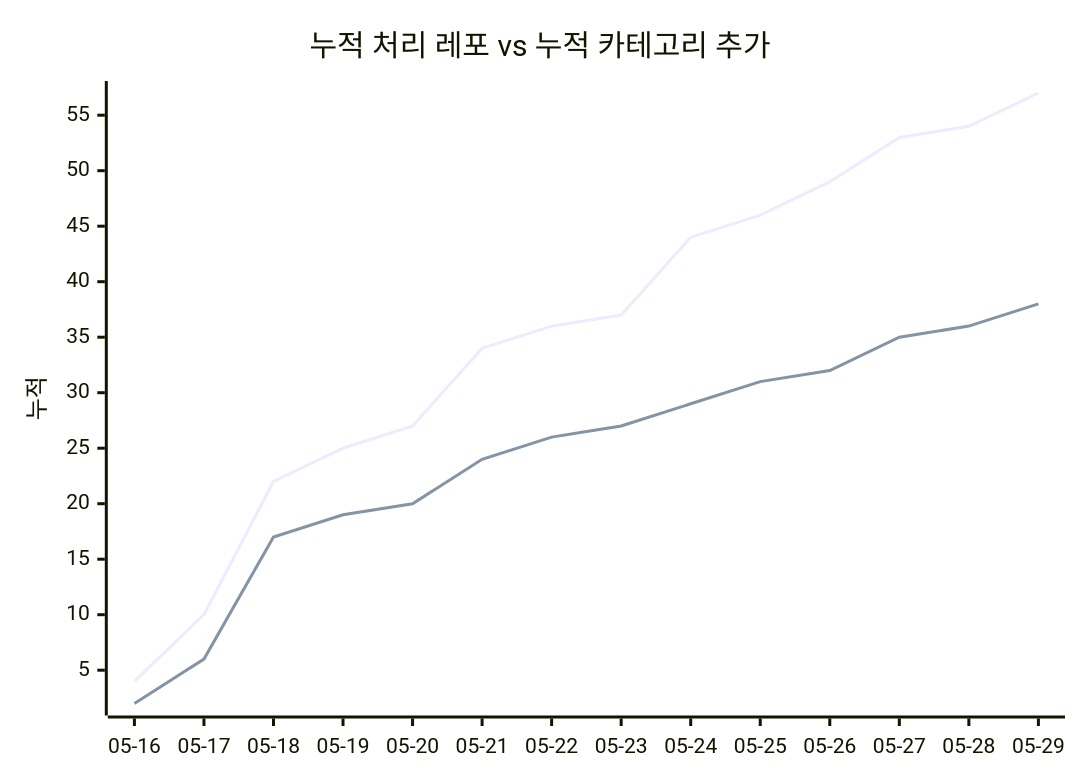
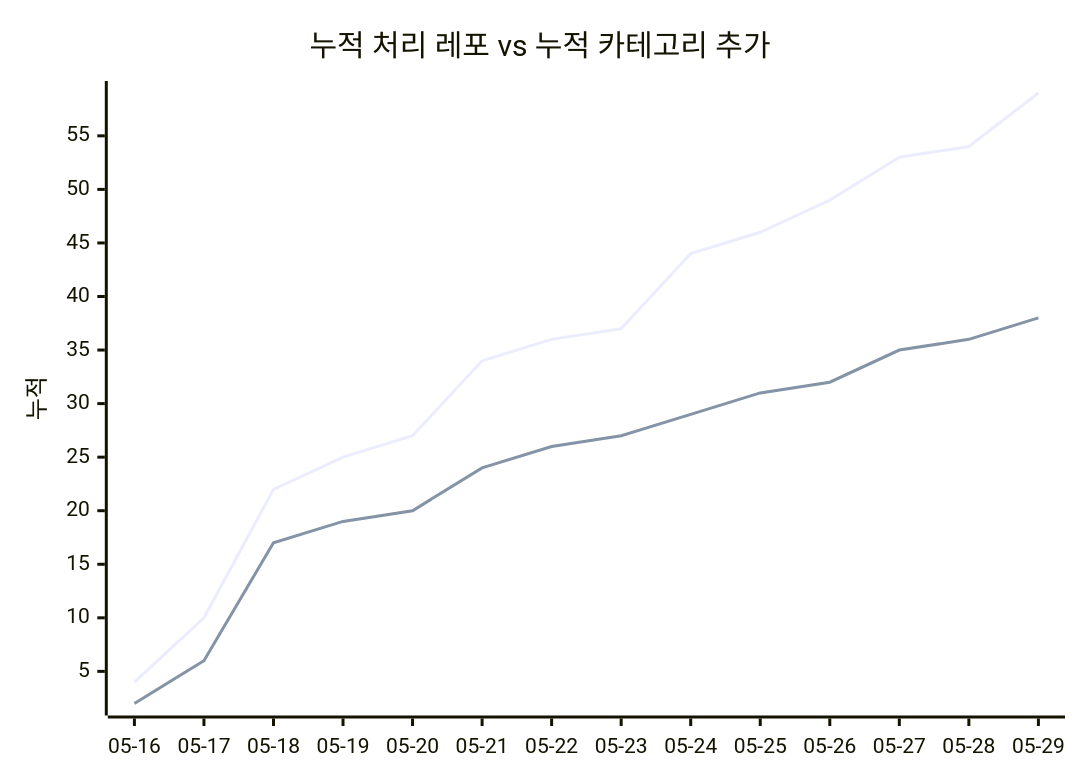
One commit to J-nowcow/awesome-korean-agent-skills changed the second of 2 diagrams in docs/trends.md. Above: the diagram before and after it, drawn with Mermaid. The commit also changed other lines of this file and 2 other files, not shown here.

````diff
--- a/docs/trends.md
+++ b/docs/trends.md
@@ -68,8 +68,8 @@
 ```mermaid
 xychart-beta
     title "누적 처리 레포 vs 누적 카테고리 추가"
     x-axis ["05-16","05-17","05-18","05-19","05-20","05-21","05-22","05-23","05-24","05-25","05-26","05-27","05-28","05-29"]
     y-axis "누적"
-    line [4,10,22,25,27,34,36,37,44,46,49,53,54,57]
+    line [4,10,22,25,27,34,36,37,44,46,49,53,54,59]
     line [2,6,17,19,20,24,26,27,29,31,32,35,36,38]
 ```
````
